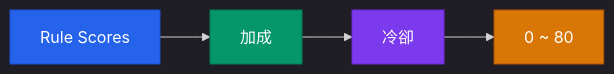
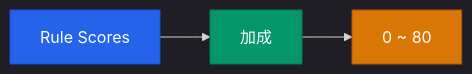
One commit to Neal75418/afterclose changed the third of 3 diagrams in docs/RULE_ENGINE.md. Above: the diagram before and after it, drawn with Mermaid. The commit also changed other lines of this file, not shown here.

Commit message:
docs(rule-engine): 移除已不存在的「冷卻 -15」分數合成步驟
深掘 scoring_service/isolate/domain/providers 確認無「2日內已推薦 -15」recency
penalty（與 combo bonus 同批簡化移除）。從分數合成 mermaid + 表移除。

驗證：README 版本 7 項全對 pubspec；CALIBRATION 公式/門檻（cut 30/1.5/0.55、
[10,35]、window 504、train 0.7）全對 recalibrate.dart；7 個資料表名全存在。

````diff
--- a/docs/RULE_ENGINE.md
+++ b/docs/RULE_ENGINE.md
@@ -198,12 +198,10 @@
 ```mermaid
 %%{init: {'theme': 'dark'}}%%
 flowchart LR
     Rules["Rule Scores"] --> Bonus["加成"]
-    Bonus --> Cooldown["冷卻"]
-    Cooldown --> Cap["0 ~ 80"]
+    Bonus --> Cap["0 ~ 80"]
 
     style Rules fill:#2563EB,color:#fff,stroke:#1D4ED8
     style Bonus fill:#059669,color:#fff,stroke:#047857
-    style Cooldown fill:#7C3AED,color:#fff,stroke:#6D28D9
     style Cap fill:#D97706,color:#fff,stroke:#B45309
 ```
````
